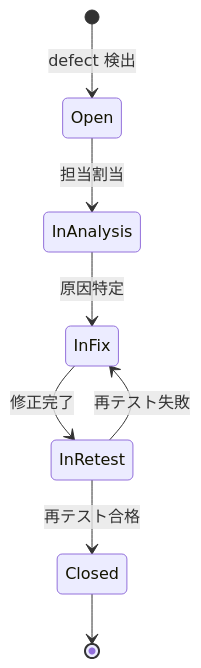
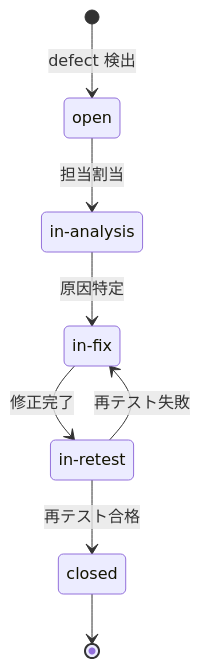
Before and after one commit to GoodRelax/gr-sw-maker: the fourth of 12 diagrams in process-rules/full-auto-dev-process-rules-ja.md, drawn with Mermaid. The commit also changed other lines of this file and 3 other files, not shown here.

````diff
--- a/process-rules/full-auto-dev-process-rules-ja.md
+++ b/process-rules/full-auto-dev-process-rules-ja.md
@@ -454,10 +454,15 @@
 ```mermaid
 stateDiagram-v2
+    state "open" as Open
+    state "in-analysis" as InAnalysis
+    state "in-fix" as InFix
+    state "in-retest" as InRetest
+    state "closed" as Closed
     [*] --> Open: defect 検出
     Open --> InAnalysis: 担当割当
     InAnalysis --> InFix: 原因特定
     InFix --> InRetest: 修正完了
     InRetest --> Closed: 再テスト合格
     InRetest --> InFix: 再テスト失敗
     Closed --> [*]
 ```
````
